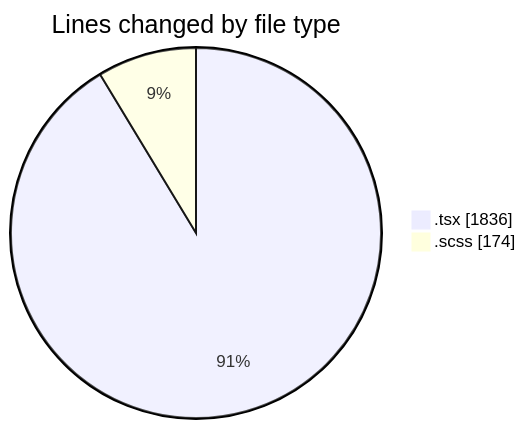
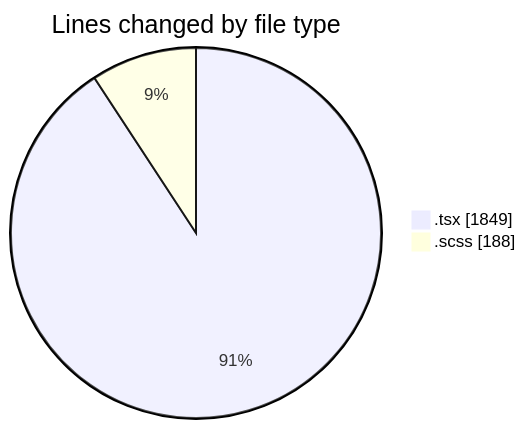
The first of 2 diagrams in 2025-04-07/cda/README.md (momahboobian/code-tracking), drawn with Mermaid before and after one commit. The commit also changed other lines of this file and 1 other file, not shown here.

````diff
--- a/2025-04-07/cda/README.md
+++ b/2025-04-07/cda/README.md
@@ -26,6 +26,6 @@
 ```mermaid
 pie showData
 title Lines changed by file type
-".tsx" : 1836
-".scss" : 174
+".tsx" : 1849
+".scss" : 188
 ```
````
